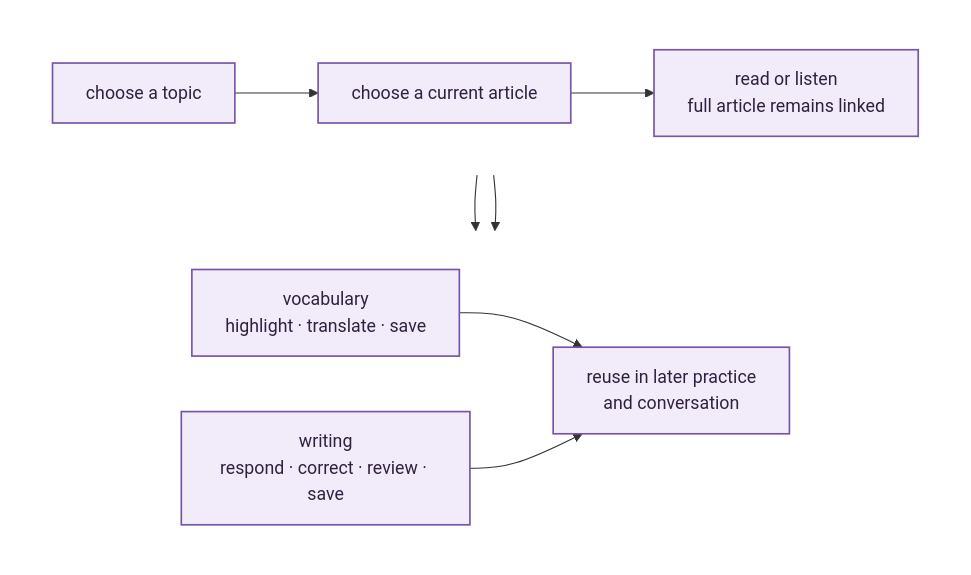
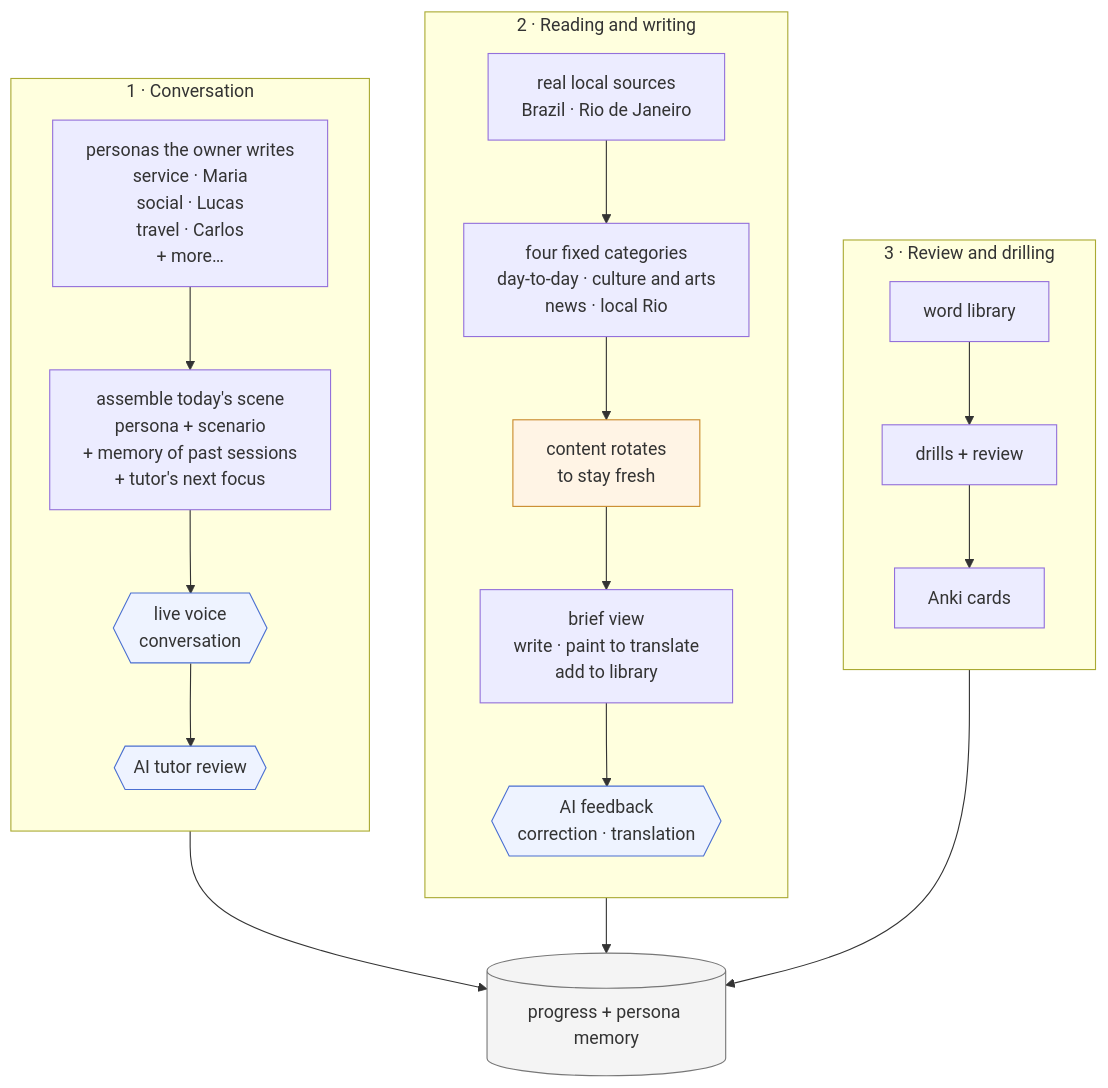
Before and after one commit to robertvanstedum/personal-ai-agents: the seventh of 7 diagrams in README.md, drawn with Mermaid. The commit also changed other lines of this file and 9 other files, not shown here.

First line of the commit message:
Key docs for mini-moi 1.2 beta: README, ARCHITECTURE and a terms appendix

````diff
--- a/README.md
+++ b/README.md
@@ -229,22 +312,33 @@
 ```mermaid
 flowchart TB
-    subgraph TOP[" "]
-        direction LR
-        A[choose a topic] --> B[choose a current article]
-        B --> C[read or listen<br/>full article remains linked]
+    subgraph C3 [3 · Review and drilling]
+        direction TB
+        L[word library] --> X[drills + review] --> K[Anki cards]
     end
-
-    subgraph PRACTICE[" "]
-        direction LR
-        V["vocabulary<br/>highlight · translate · save"] --> P[reuse in later practice<br/>and conversation]
-        N["writing<br/>respond · correct · review · save"] --> P
+    subgraph C2 [2 · Reading and writing]
+        direction TB
+        R[real local sources<br/>Brazil · Rio de Janeiro]
+        C[four fixed categories<br/>day-to-day · culture and arts<br/>news · local Rio]
+        F[content rotates<br/>to stay fresh]
+        V[brief view<br/>write · paint to translate<br/>add to library]
+        T{{AI feedback<br/>correction · translation}}
+        R --> C --> F --> V --> T
     end
-
-    C --> V
-    C --> N
-
-    classDef language fill:#F2ECFA,stroke:#7655A6,color:#30223F,stroke-width:1.5px
-    class A,B,C,V,N,P language
-    style TOP fill:transparent,stroke:transparent
-    style PRACTICE fill:transparent,stroke:transparent
+    subgraph C1 [1 · Conversation]
+        direction TB
+        P[personas the owner writes<br/>service · Maria<br/>social · Lucas<br/>travel · Carlos<br/>+ more…]
+        S[assemble today's scene<br/>persona + scenario<br/>+ memory of past sessions<br/>+ tutor's next focus]
+        B{{live voice<br/>conversation}}
+        D{{AI tutor review}}
+        P --> S --> B --> D
+    end
+    D --> E[(progress + persona memory)]
+    T --> E
+    K --> E
+    class B,D,T ai
+    class E store
+    class F wide
+    classDef ai fill:#eef3ff,stroke:#4a6fd1
+    classDef store fill:#f4f4f4,stroke:#777
+    classDef wide fill:#fff4e5,stroke:#c98a2b
 ```
````
